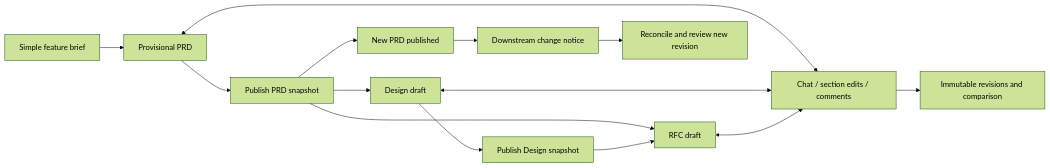
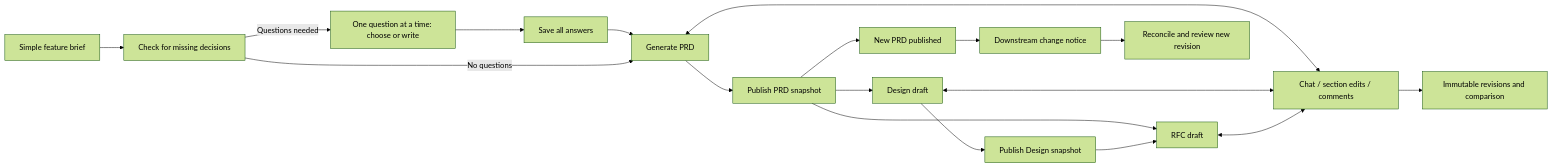
The first of 2 diagrams in specs/tech/guided-authoring-studio.md (ArulaAI/workbench), drawn with Mermaid (forest theme) before and after one commit. The commit also changed other lines of this file and 11 other files, not shown here.

Commit message:
feat: collect clarification answers before generating the first PRD

````diff
--- a/specs/tech/guided-authoring-studio.md
+++ b/specs/tech/guided-authoring-studio.md
@@ -20,15 +20,19 @@
 ```mermaid
 flowchart LR
-  B[Simple feature brief] --> P[Provisional PRD]
+  B[Simple feature brief] --> BC[Check for missing decisions]
+  BC -->|Questions needed| Q[One question at a time: choose or write]
+  Q --> A[Save all answers]
+  A --> P[Generate PRD]
+  BC -->|No questions| P
   P <--> E[Chat / section edits / comments]
   E --> V[Immutable revisions and comparison]
   P --> PP[Publish PRD snapshot]
   PP --> D[Design draft]
   PP --> R[RFC draft]
   D --> PD[Publish Design snapshot]
   PD --> R
   D & R <--> E
   PP --> U[New PRD published]
   U --> S[Downstream change notice]
   S --> C[Reconcile and review new revision]
 ```
````
